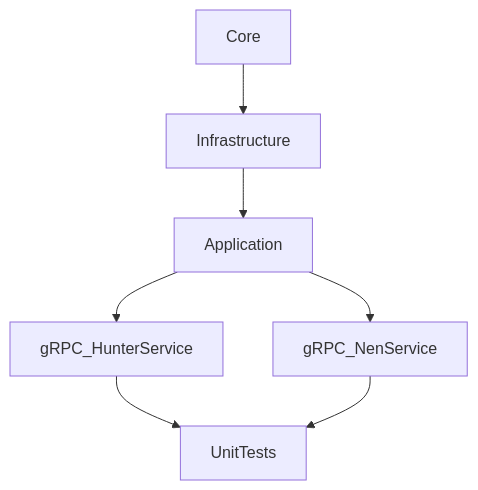
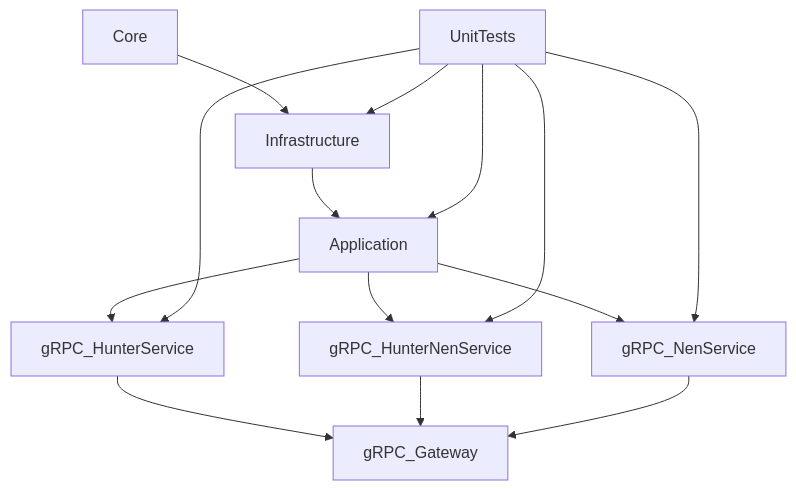
The diagram in README.md (TheNefelin/HxH_Microservice_.NETCore), drawn with Mermaid before and after one commit. The commit also changed other lines of this file and 12 other files, not shown here.

````diff
--- a/README.md
+++ b/README.md
@@ -4,10 +4,17 @@
 ```mermaid
 graph TD;
     Core --> Infrastructure
     Infrastructure --> Application
     Application --> gRPC_HunterService
+    Application --> gRPC_HunterNenService
     Application --> gRPC_NenService
-    gRPC_HunterService --> UnitTests
-    gRPC_NenService --> UnitTests
+    gRPC_HunterService --> gRPC_Gateway
+    gRPC_HunterNenService --> gRPC_Gateway
+    gRPC_NenService --> gRPC_Gateway
+    UnitTests --> Infrastructure
+    UnitTests --> Application
+    UnitTests --> gRPC_HunterService
+    UnitTests --> gRPC_HunterNenService
+    UnitTests --> gRPC_NenService
     ;
 ```
````
